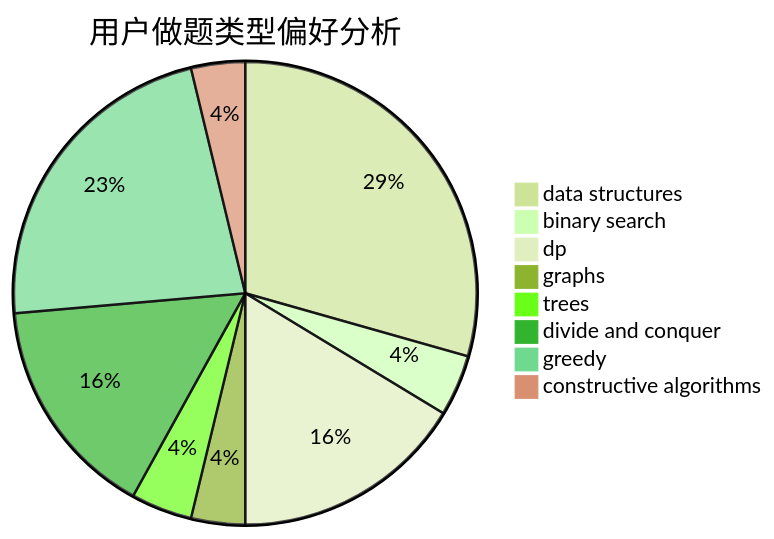
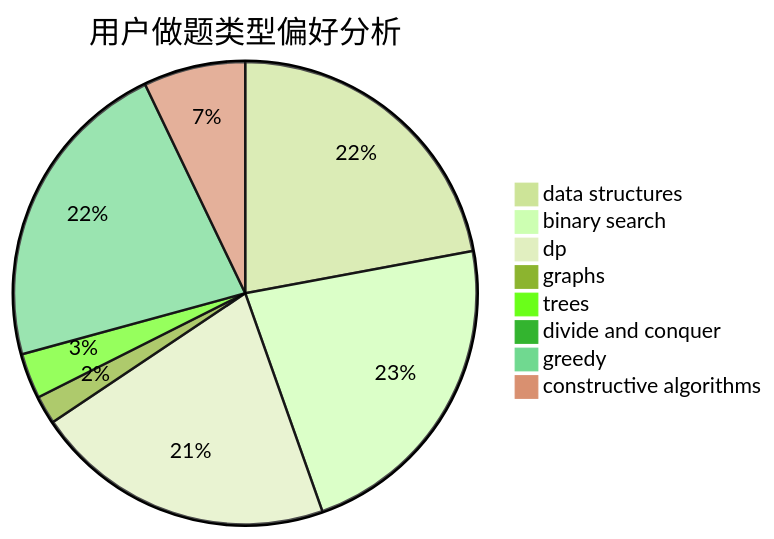
The second of 3 diagrams in docs/user/u1554.md (sherpahu/cfrs.github.io), drawn with Mermaid (forest theme) before and after one commit. The commit also changed other lines of this file and 2770 other files, not shown here.

````diff
--- a/docs/user/u1554.md
+++ b/docs/user/u1554.md
@@ -23,11 +23,11 @@
 ```mermaid
 pie title 用户做题类型偏好分析
-    "data structures" :  117
-    "binary search" :  17
-    "dp" :  65
-    "graphs" :  15
-    "trees" :  17
-    "divide and conquer" :  62
-    "greedy" :  90
-    "constructive algorithms" :  15
+    "data structures" :  459
+    "binary search" :  468
+    "dp" :  437
+    "graphs" :  41
+    "trees" :  66
+    "divide and conquer" :  0
+    "greedy" :  460
+    "constructive algorithms" :  148
 ```
````
